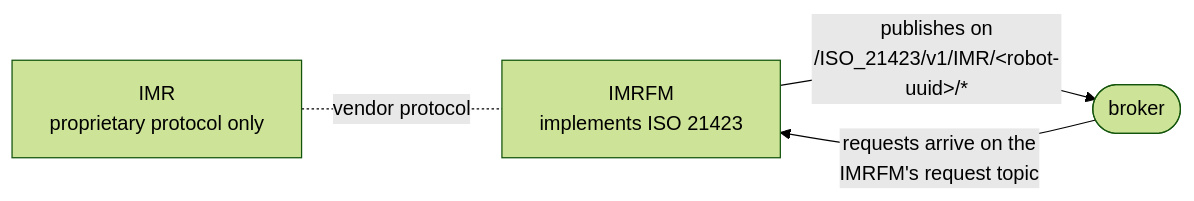
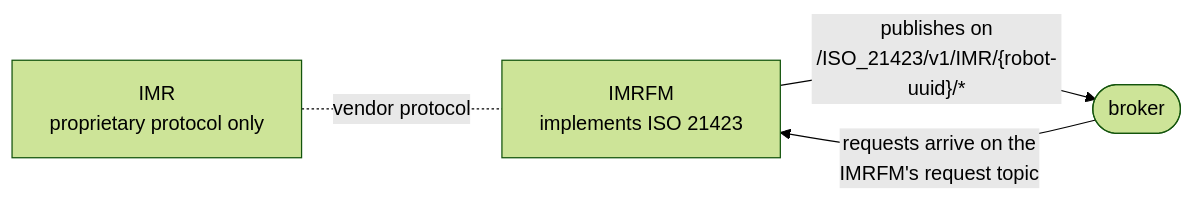
The third of 4 diagrams in docs/standard/02-participants.md (OpenRobOps/iso21423), drawn with Mermaid (forest theme) before and after one commit. The commit also changed 2 other files, not shown here.

Commit message:
docs: fix Mermaid parse errors on GitHub (HTML entities in diagram labels)
Semicolons in &lt;/&gt; entities act as statement separators inside
sequence-diagram messages, breaking GitHub's renderer. Use {uuid}-style
placeholders instead.

````diff
--- a/docs/standard/02-participants.md
+++ b/docs/standard/02-participants.md
@@ -73,10 +73,10 @@
 ```mermaid
 flowchart LR
     R[IMR<br/>proprietary protocol only]
     FM[IMRFM<br/>implements ISO 21423]
     BROKER([broker])
 
     R -. vendor protocol .- FM
-    FM -- "publishes on<br/>/ISO_21423/v1/IMR/&lt;robot-uuid&gt;/*" --> BROKER
+    FM -- "publishes on<br/>/ISO_21423/v1/IMR/{robot-uuid}/*" --> BROKER
     BROKER -- "requests arrive on the<br/>IMRFM's request topic" --> FM
 ```
````
